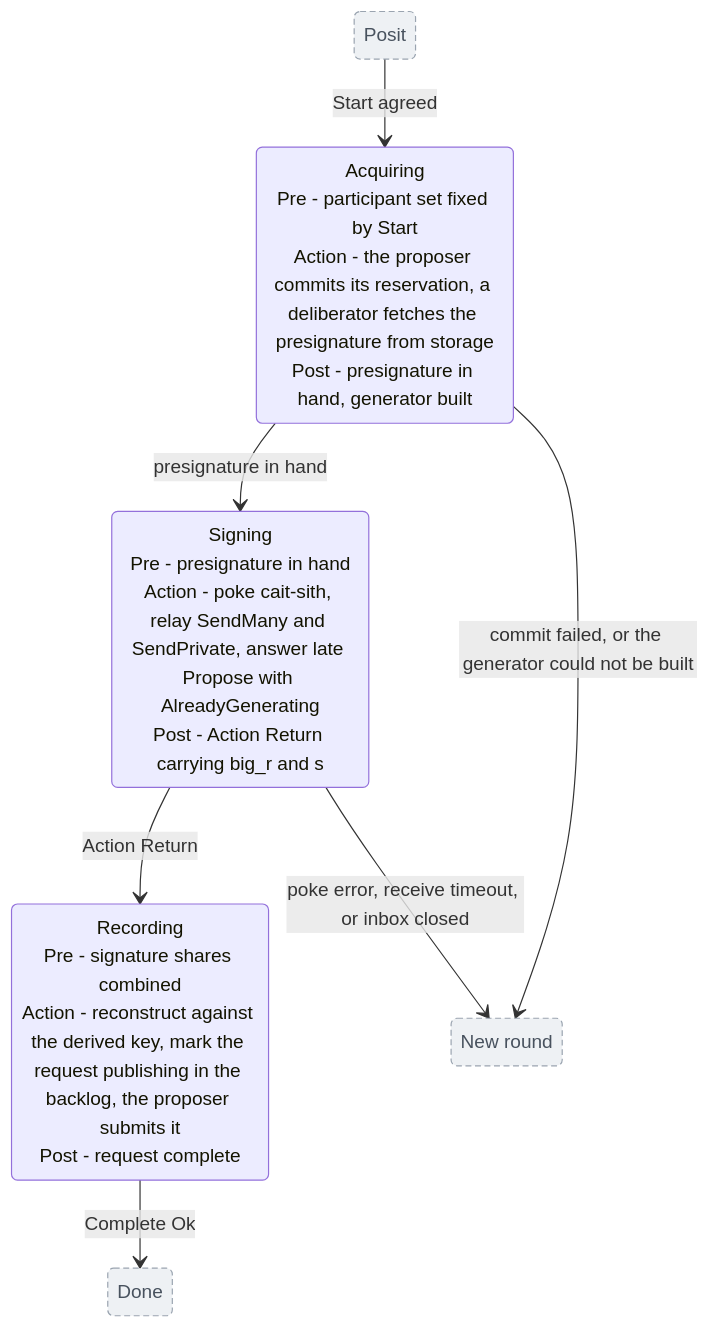
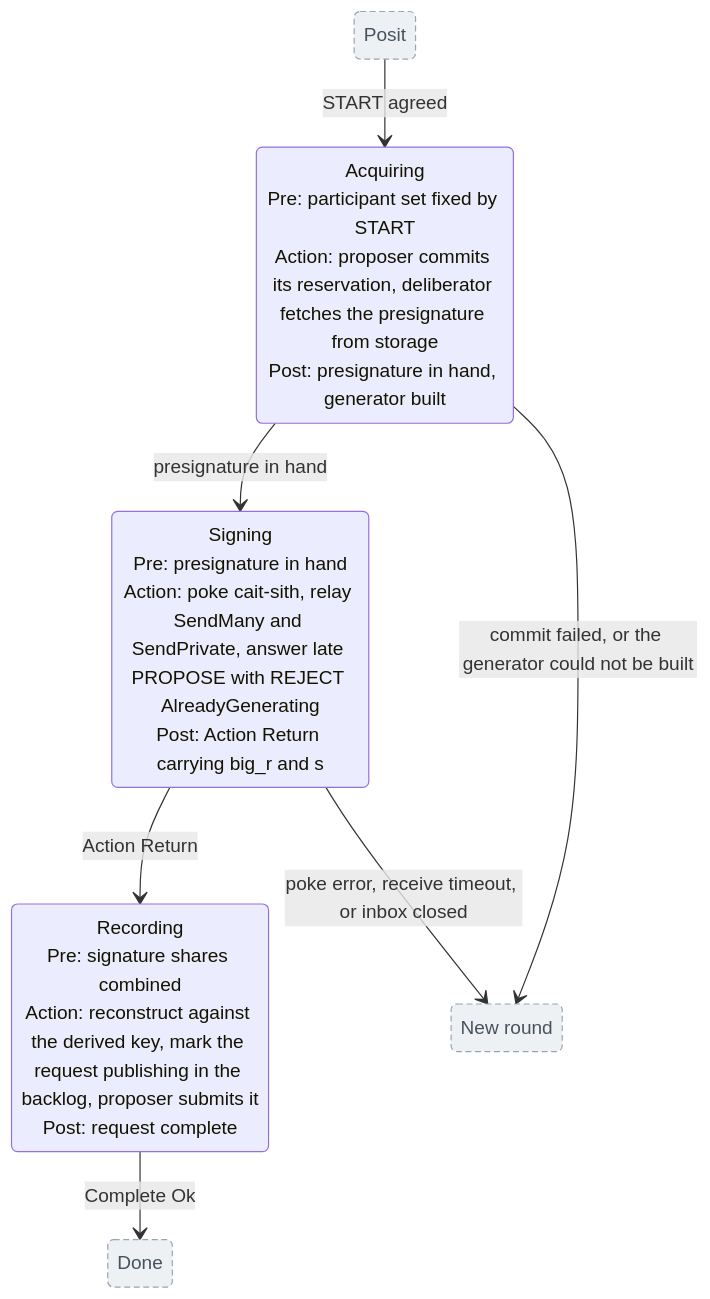
The fourth of 5 diagrams in doc/posit_state_machine.md (sig-net/mpc), drawn with Mermaid before and after one commit. The commit also changed other lines of this file, not shown here.

Commit message:
docs: unify posit state labels and note message recipients

````diff
--- a/doc/posit_state_machine.md
+++ b/doc/posit_state_machine.md
@@ -102,21 +143,21 @@
 ```mermaid
 stateDiagram-v2
-    state "Acquiring<br/>Pre - participant set fixed by Start<br/>Action - the proposer commits its reservation, a deliberator fetches the presignature from storage<br/>Post - presignature in hand, generator built" as Acquiring
-    state "Signing<br/>Pre - presignature in hand<br/>Action - poke cait-sith, relay SendMany and SendPrivate, answer late Propose with AlreadyGenerating<br/>Post - Action Return carrying big_r and s" as Signing
-    state "Recording<br/>Pre - signature shares combined<br/>Action - reconstruct against the derived key, mark the request publishing in the backlog, the proposer submits it<br/>Post - request complete" as Recording
+    state "Acquiring<br/>Pre: participant set fixed by START<br/>Action: proposer commits its reservation, deliberator fetches the presignature from storage<br/>Post: presignature in hand, generator built" as Acquiring
+    state "Signing<br/>Pre: presignature in hand<br/>Action: poke cait-sith, relay SendMany and SendPrivate, answer late PROPOSE with REJECT AlreadyGenerating<br/>Post: Action Return carrying big_r and s" as Signing
+    state "Recording<br/>Pre: signature shares combined<br/>Action: reconstruct against the derived key, mark the request publishing in the backlog, proposer submits it<br/>Post: request complete" as Recording
     state "Posit" as PositIn
     state "Done" as DoneOut
     state "New round" as AbortOut
 
-    PositIn --> Acquiring: Start agreed
+    PositIn --> Acquiring: START agreed
 
     Acquiring --> Signing: presignature in hand
     Signing --> Recording: Action Return
     Recording --> DoneOut: Complete Ok
 
     Acquiring --> AbortOut: commit failed, or the generator could not be built
     Signing --> AbortOut: poke error, receive timeout, or inbox closed
 
     classDef outside fill:#eef1f4,stroke:#9aa4b0,color:#48525e,stroke-dasharray:5 3
     class PositIn,DoneOut,AbortOut outside
 ```
````
